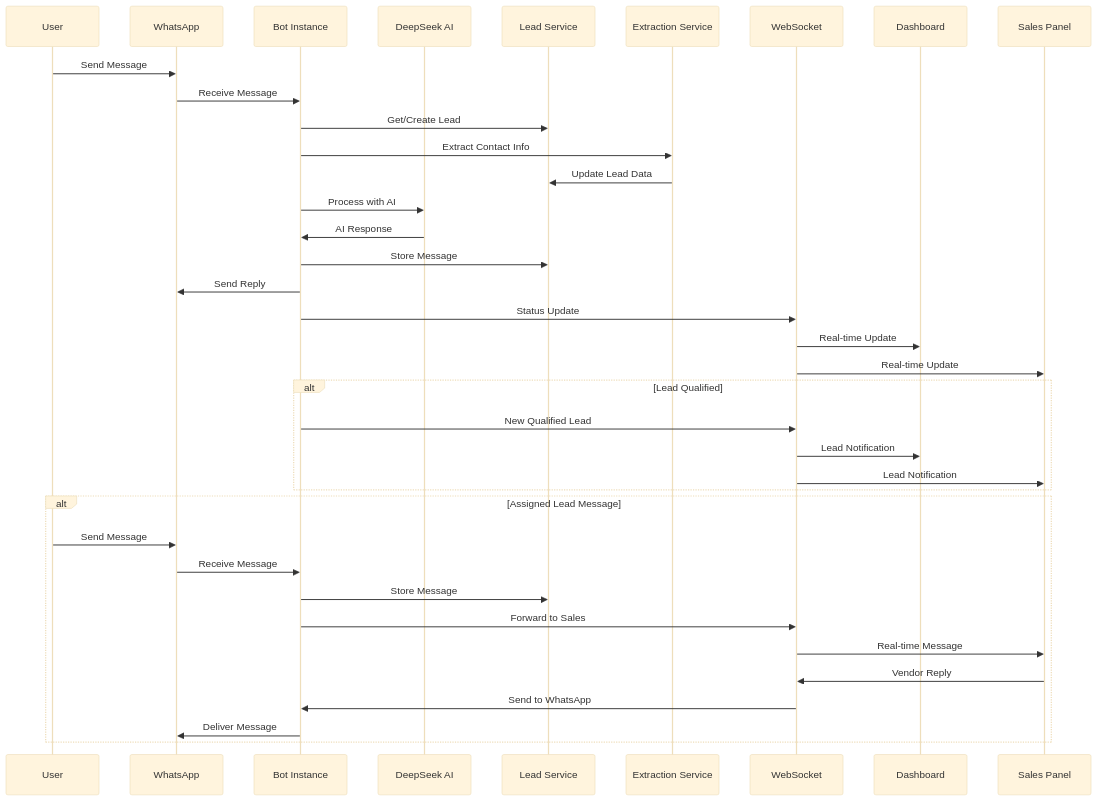
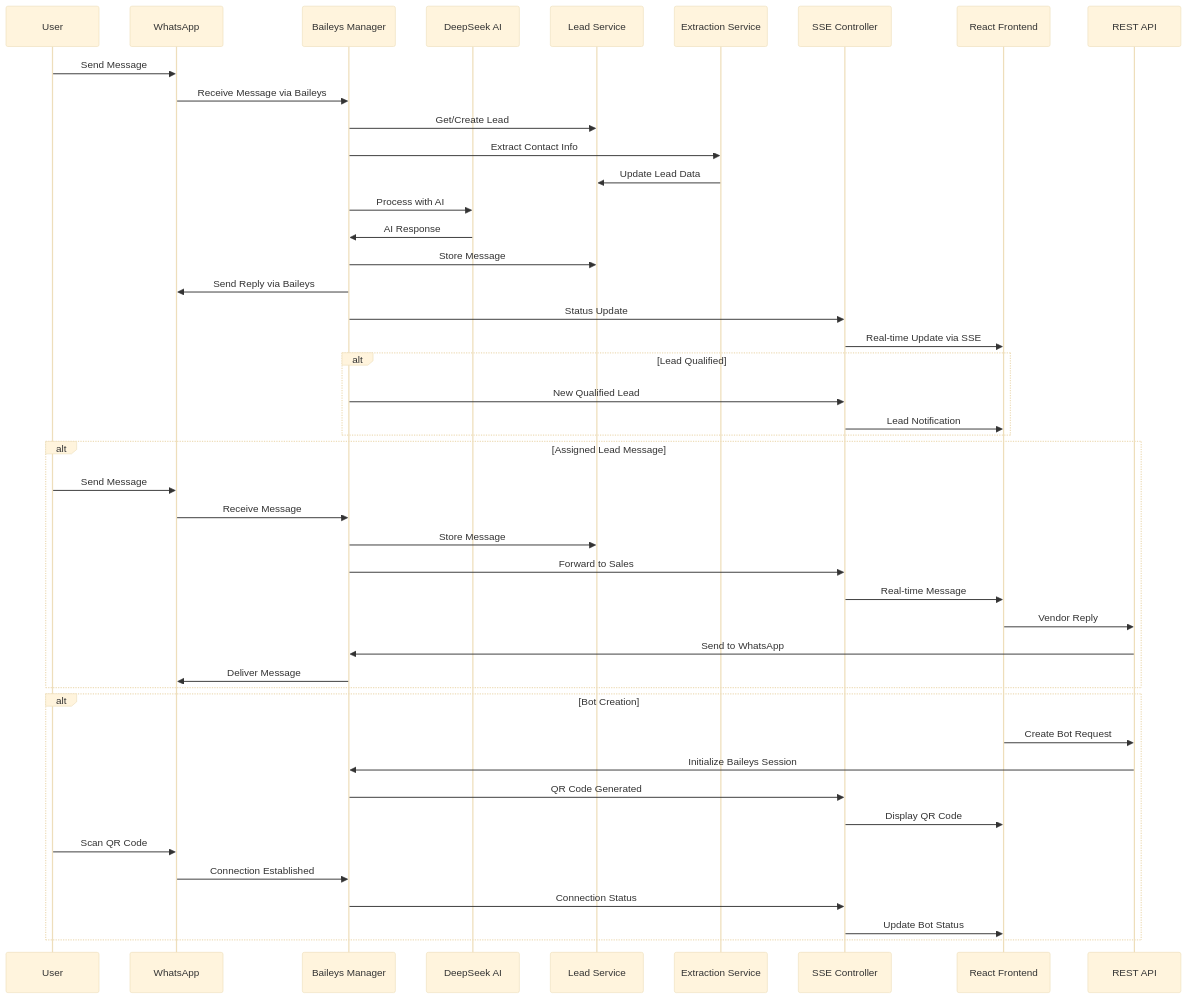
One commit to da4vid864/bots changed the third of 6 diagrams in technical_architecture.md. Above: the diagram before and after it, drawn with Mermaid (base theme). The commit also changed other lines of this file and 39 other files, not shown here.

````diff
--- a/technical_architecture.md
+++ b/technical_architecture.md
@@ -206,42 +233,51 @@
 ```mermaid
 sequenceDiagram
     participant U as User
     participant WA as WhatsApp
-    participant BI as Bot Instance
+    participant BM as Baileys Manager
     participant DS as DeepSeek AI
     participant LD as Lead Service
     participant EX as Extraction Service
-    participant WS as WebSocket
-    participant D as Dashboard
-    participant S as Sales Panel
+    participant SSE as SSE Controller
+    participant REACT as React Frontend
+    participant API as REST API
 
     U->>WA: Send Message
-    WA->>BI: Receive Message
-    BI->>LD: Get/Create Lead
-    BI->>EX: Extract Contact Info
+    WA->>BM: Receive Message via Baileys
+    BM->>LD: Get/Create Lead
+    BM->>EX: Extract Contact Info
     EX->>LD: Update Lead Data
-    BI->>DS: Process with AI
-    DS->>BI: AI Response
-    BI->>LD: Store Message
-    BI->>WA: Send Reply
-    BI->>WS: Status Update
-    WS->>D: Real-time Update
-    WS->>S: Real-time Update
+    BM->>DS: Process with AI
+    DS->>BM: AI Response
+    BM->>LD: Store Message
+    BM->>WA: Send Reply via Baileys
+    BM->>SSE: Status Update
+    SSE->>REACT: Real-time Update via SSE
     
     alt Lead Qualified
-        BI->>WS: New Qualified Lead
-        WS->>D: Lead Notification
-        WS->>S: Lead Notification
+        BM->>SSE: New Qualified Lead
+        SSE->>REACT: Lead Notification
     end
     
     alt Assigned Lead Message
         U->>WA: Send Message
-        WA->>BI: Receive Message
-        BI->>LD: Store Message
-        BI->>WS: Forward to Sales
-        WS->>S: Real-time Message
-        S->>WS: Vendor Reply
-        WS->>BI: Send to WhatsApp
-        BI->>WA: Deliver Message
+        WA->>BM: Receive Message
+        BM->>LD: Store Message
+        BM->>SSE: Forward to Sales
+        SSE->>REACT: Real-time Message
+        REACT->>API: Vendor Reply
+        API->>BM: Send to WhatsApp
+        BM->>WA: Deliver Message
+    end
+    
+    alt Bot Creation
+        REACT->>API: Create Bot Request
+        API->>BM: Initialize Baileys Session
+        BM->>SSE: QR Code Generated
+        SSE->>REACT: Display QR Code
+        U->>WA: Scan QR Code
+        WA->>BM: Connection Established
+        BM->>SSE: Connection Status
+        SSE->>REACT: Update Bot Status
     end
 ```
````
